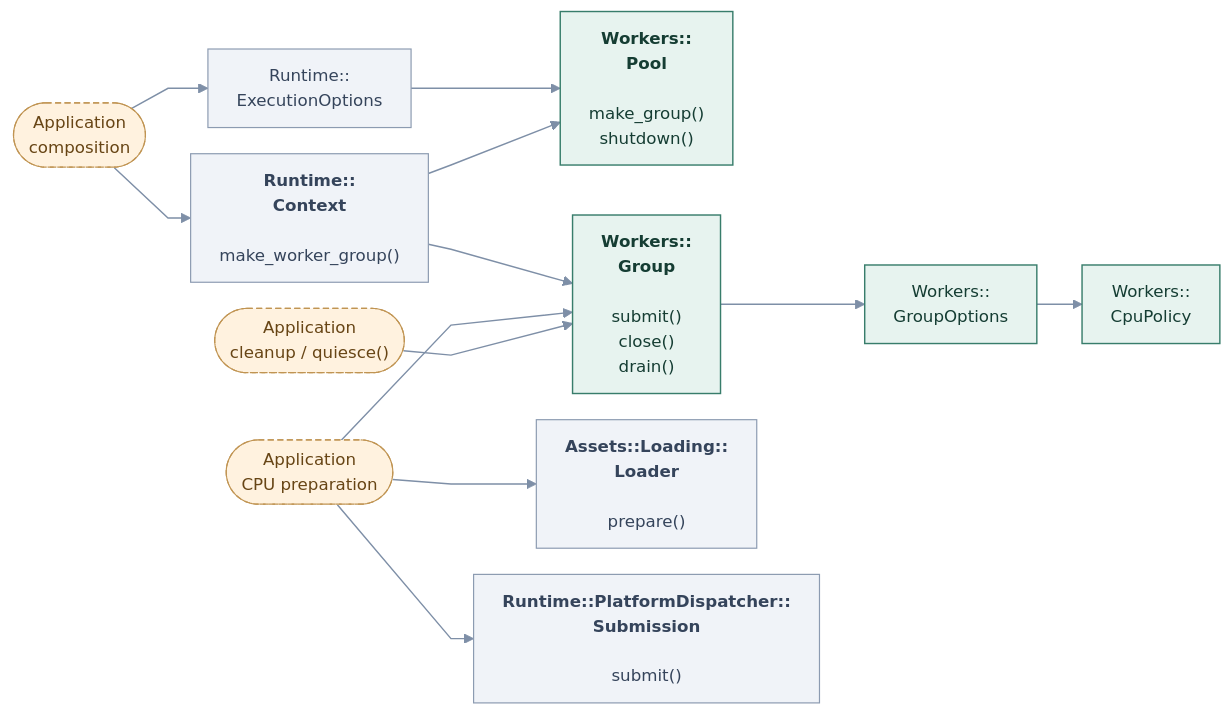
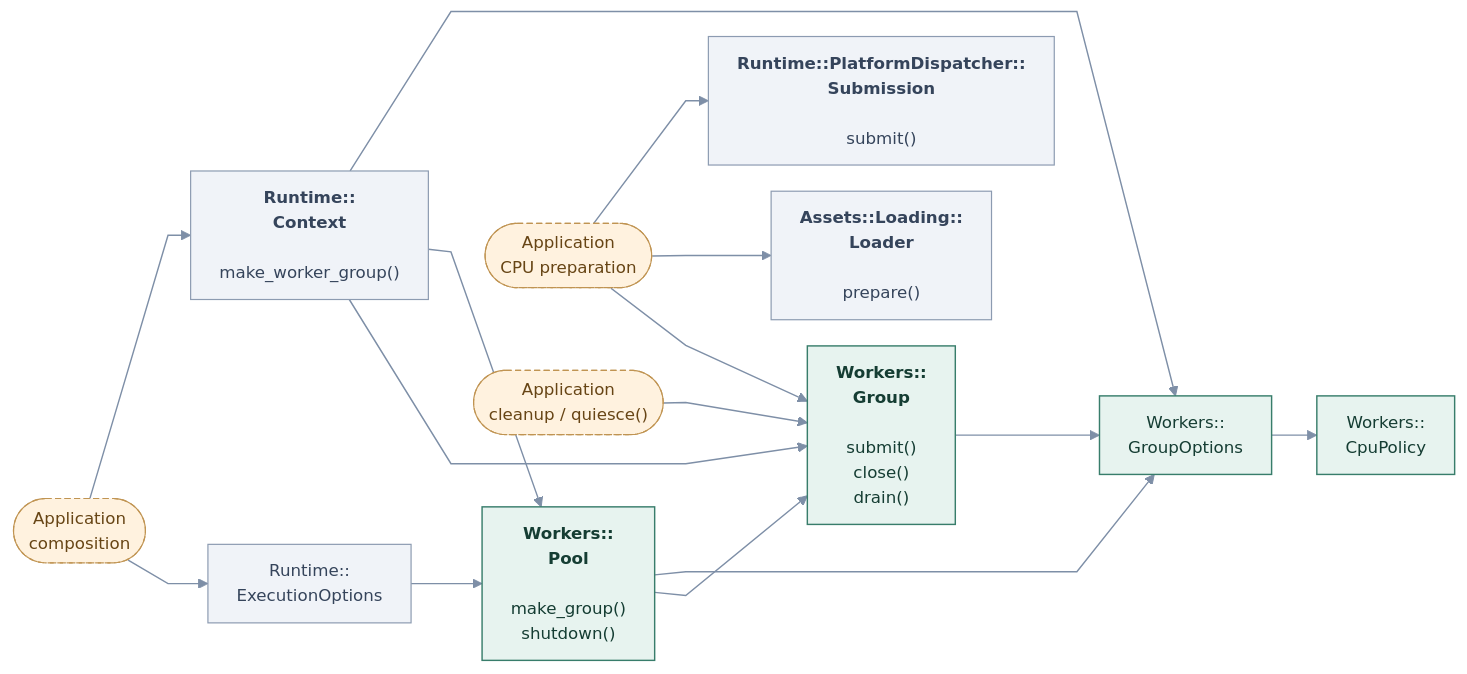
The diagram in docs/site/engine-systems/diagrams/workers-application.mmd (cppcooper/cheryl-engine), drawn with Mermaid before and after one commit. The commit also changed 15 other files, not shown here.

```diff
--- a/docs/site/engine-systems/diagrams/workers-application.mmd
+++ b/docs/site/engine-systems/diagrams/workers-application.mmd
@@ -1,43 +1,46 @@
 ---
 config:
   theme: base
   themeVariables:
     fontFamily: system-ui, sans-serif
     fontSize: 14px
   flowchart:
     htmlLabels: true
     curve: linear
     nodeSpacing: 22
     rankSpacing: 38
     padding: 12
 ---
 flowchart LR
     accTitle: Workers · application CPU preparation
     accDescr: Arrows point toward the API or type used, not call order or data flow. Methods beneath type names are selected application entry points; Implement hooks marks engine-invoked overrides. Dashed arrows mark optional choices.
     k0(["Application<br/>composition"]):::app
     k1["Runtime::<br/>ExecutionOptions"]:::neighbor
     k2["<b>Workers::<br/>Pool</b><br/><br/>make_group()<br/>shutdown()"]:::focal
     k3["<b>Runtime::<br/>Context</b><br/><br/>make_worker_group()"]:::neighbor
     k4["<b>Workers::<br/>Group</b><br/><br/>submit()<br/>close()<br/>drain()"]:::focal
     k5(["Application<br/>CPU preparation"]):::app
     k6["Workers::<br/>GroupOptions"]:::focal
     k7["Workers::<br/>CpuPolicy"]:::focal
     k8["<b>Assets::Loading::<br/>Loader</b><br/><br/>prepare()"]:::neighbor
     k9["<b>Runtime::PlatformDispatcher::<br/>Submission</b><br/><br/>submit()"]:::neighbor
     k10(["Application<br/>cleanup / quiesce()"]):::app
     k0 --> k1
     k1 --> k2
     k0 --> k3
     k3 --> k4
     k3 --> k2
     k5 --> k4
     k4 --> k6
     k6 --> k7
     k5 --> k8
     k5 --> k9
     k10 --> k4
+    k2 --> k4
+    k2 --> k6
+    k3 --> k6
     classDef focal fill:#e7f3ef,stroke:#387d6b,color:#153d33,stroke-width:1.2px
     classDef neighbor fill:#f0f3f8,stroke:#8c9bb1,color:#35445b,stroke-width:1px
     classDef app fill:#fff2df,stroke:#c09452,color:#674515,stroke-dasharray:5 3
     classDef system fill:#eaf0fc,stroke:#617fab,color:#263f69,stroke-width:1.2px
     linkStyle default stroke:#7e8fa7,stroke-width:1.2px
```
